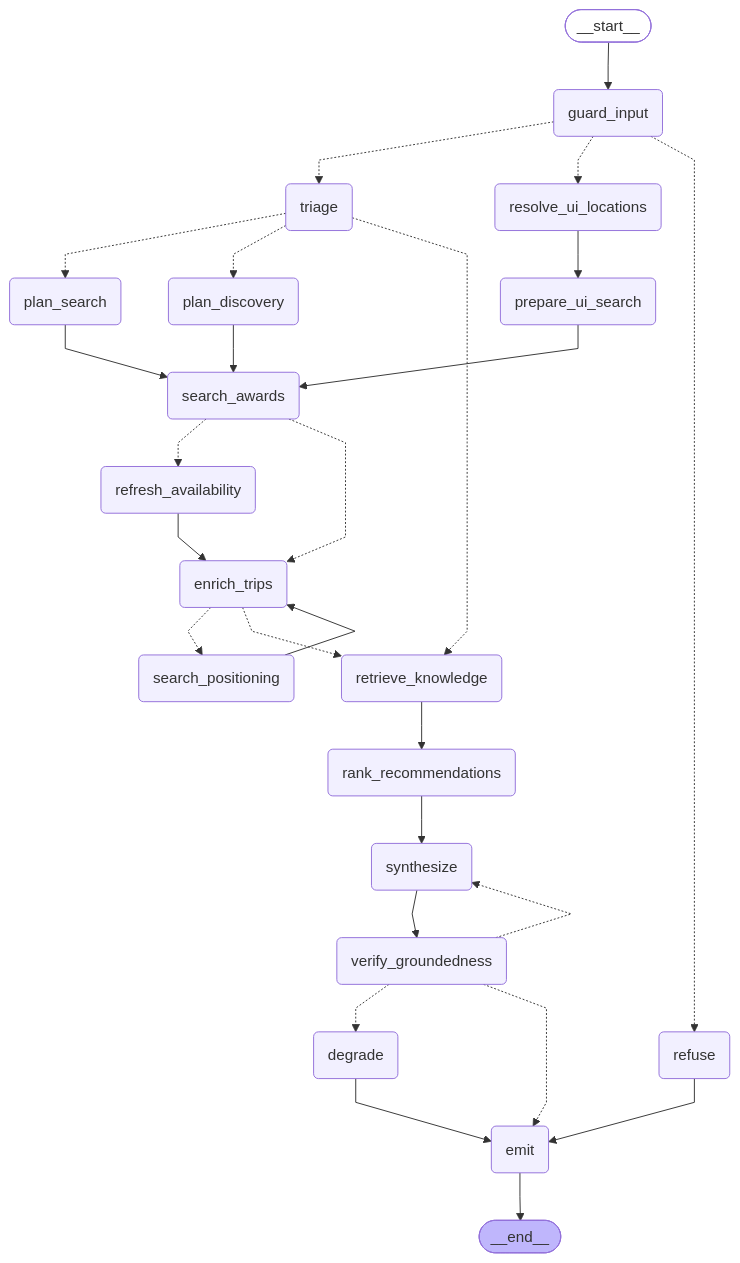
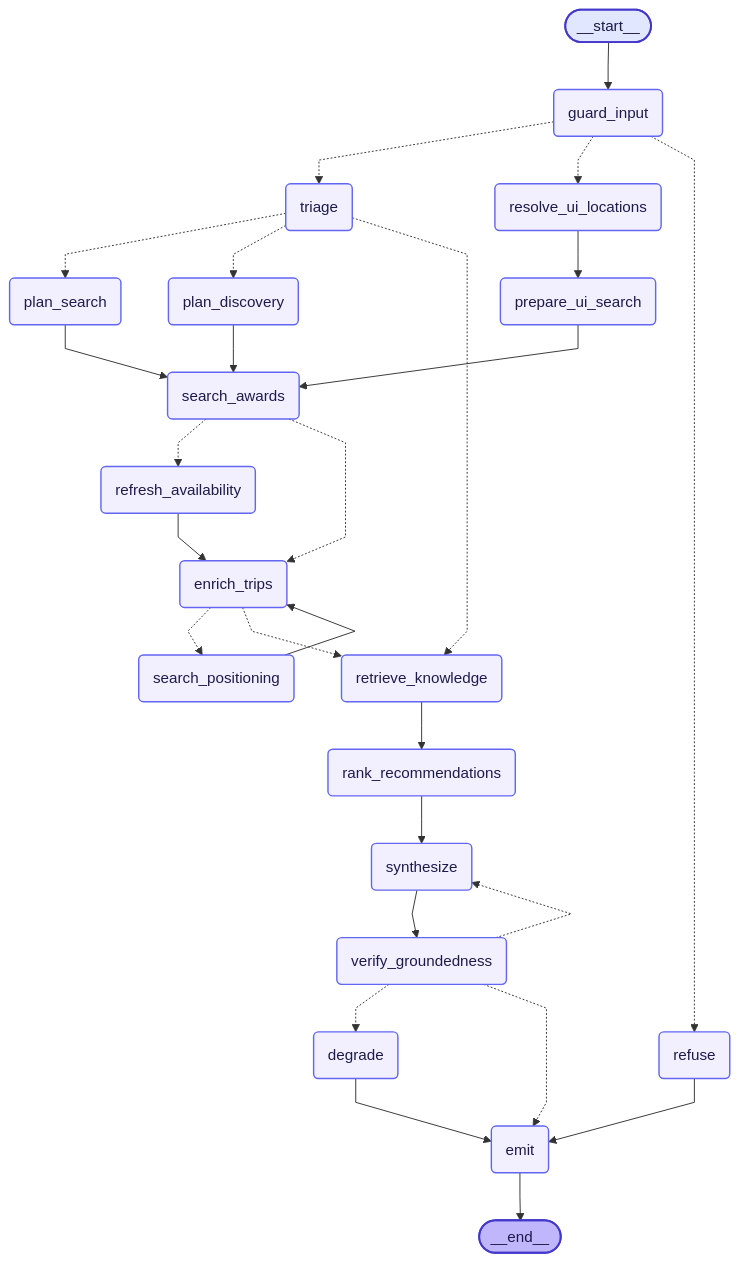
One commit to david-vest/award-travel-agent changed the diagram in docs/graph.md. Above: the diagram before and after it, drawn with Mermaid. The commit also changed 26 other files, not shown here.

Commit message:
refactor: improve graph state reliability by adding degradation tracking, implementing clock overrides for deterministic evaluation, and introducing API rate limiting with enhanced health monitoring.

````diff
--- a/docs/graph.md
+++ b/docs/graph.md
@@ -5,52 +5,52 @@
 ```mermaid
 %%{init: {'flowchart': {'curve': 'linear'}}}%%
 graph TD;
 	__start__([<p>__start__</p>]):::first
 	guard_input(guard_input)
 	refuse(refuse)
 	triage(triage)
 	resolve_ui_locations(resolve_ui_locations)
 	prepare_ui_search(prepare_ui_search)
 	plan_search(plan_search)
 	plan_discovery(plan_discovery)
 	search_awards(search_awards)
 	search_positioning(search_positioning)
 	enrich_trips(enrich_trips)
 	retrieve_knowledge(retrieve_knowledge)
 	rank_recommendations(rank_recommendations)
 	synthesize(synthesize)
 	refresh_availability(refresh_availability)
 	verify_groundedness(verify_groundedness)
 	degrade(degrade)
 	emit(emit)
 	__end__([<p>__end__</p>]):::last
 	__start__ --> guard_input;
 	degrade --> emit;
 	emit --> __end__;
 	plan_discovery --> search_awards;
 	plan_search --> search_awards;
 	prepare_ui_search --> search_awards;
 	rank_recommendations --> synthesize;
 	refresh_availability --> enrich_trips;
 	refuse --> emit;
 	resolve_ui_locations --> prepare_ui_search;
 	retrieve_knowledge --> rank_recommendations;
 	search_positioning --> enrich_trips;
 	synthesize --> verify_groundedness;
 	guard_input -.-> triage;
 	guard_input -.-> resolve_ui_locations;
 	guard_input -.-> refuse;
 	triage -.-> plan_search;
 	triage -.-> plan_discovery;
 	triage -.-> retrieve_knowledge;
 	search_awards -.-> refresh_availability;
 	search_awards -.-> enrich_trips;
 	enrich_trips -.-> search_positioning;
 	enrich_trips -.-> retrieve_knowledge;
 	verify_groundedness -.-> synthesize;
 	verify_groundedness -.-> degrade;
 	verify_groundedness -.-> emit;
-	classDef default fill:#f2f0ff,line-height:1.2;
-	classDef first fill-opacity:0;
-	classDef last fill:#bfb6fc;
+	classDef default fill:#f2f0ff,stroke:#6366f1,color:#1e1b4b,stroke-width:1.5px,line-height:1.2;
+	classDef first fill:#e0e7ff,stroke:#4338ca,color:#1e1b4b,stroke-width:2px;
+	classDef last fill:#bfb6fc,stroke:#4338ca,color:#1e1b4b,stroke-width:2px;
 ```
````
